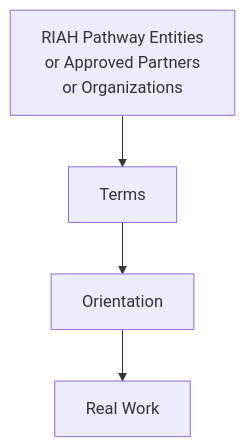
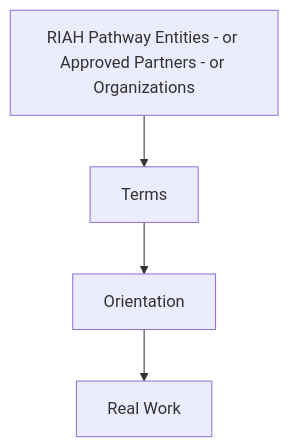
Diagram 13 of 18 in RIAH-PATHWAY-EXPERIENTIAL-STRUCTURE/EXPERIENTIAL-STRUCTURE.md (RIAHPathway/Website-Draft), drawn with Mermaid before and after one commit. The commit also changed other lines of this file, not shown here.

Commit message:
RIAH Pathway.

````diff
--- a/RIAH-PATHWAY-EXPERIENTIAL-STRUCTURE/EXPERIENTIAL-STRUCTURE.md
+++ b/RIAH-PATHWAY-EXPERIENTIAL-STRUCTURE/EXPERIENTIAL-STRUCTURE.md
@@ -584,6 +584,6 @@
 ```mermaid
 flowchart TD
-    A["RIAH Pathway Entities<br>or Approved Partners<br>or Organizations"] --> B["Terms"]
+    A["RIAH Pathway Entities - or Approved Partners - or Organizations"] --> B["Terms"]
     B --> C["Orientation"]
     C --> D["Real Work"]
 ```
````
